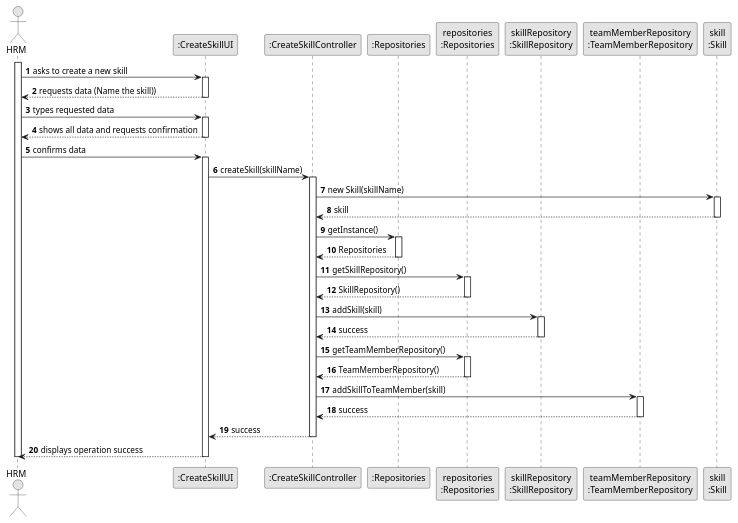
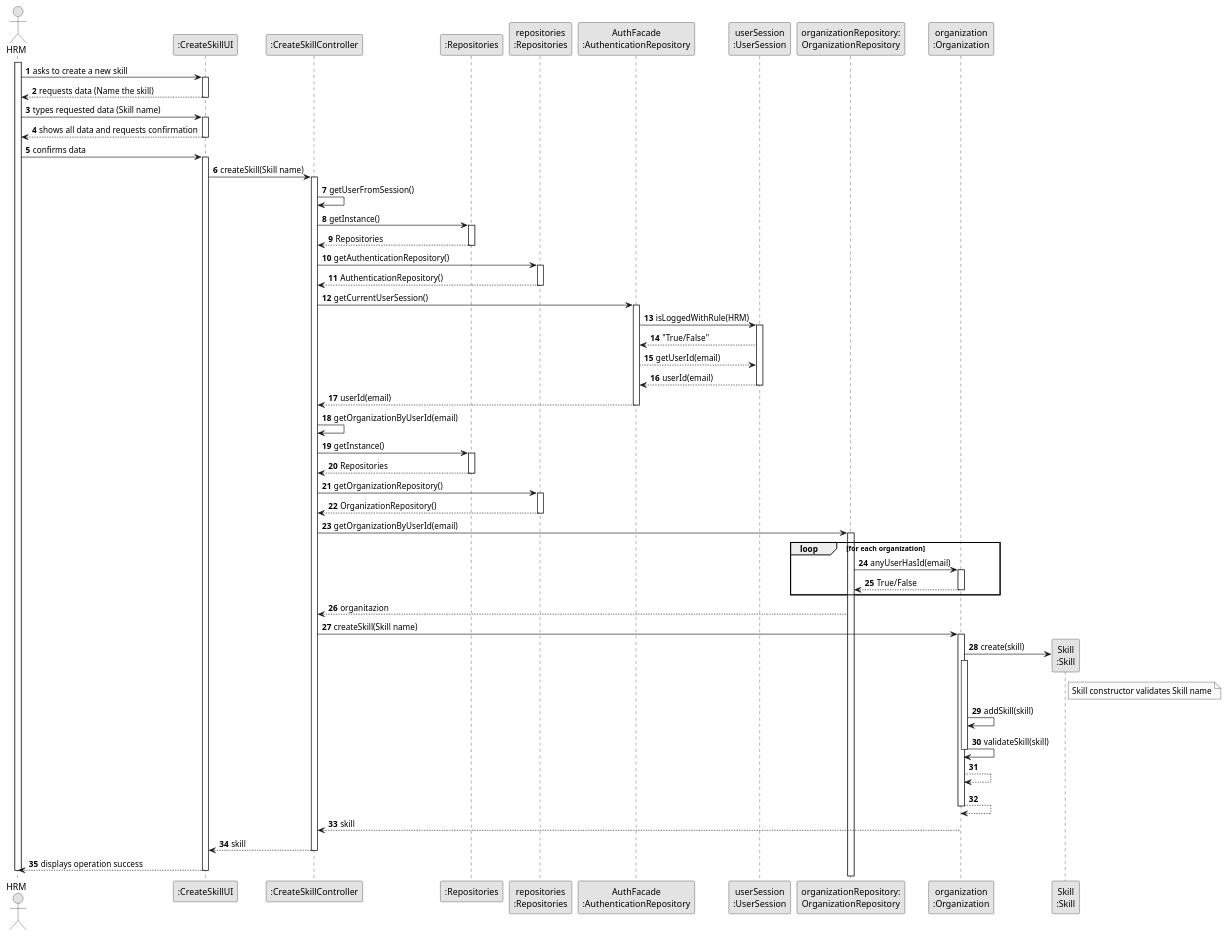
Before and after one commit to Mendoncaa/LAPR2: the diagram in docs/sprintC/us001/03.design/puml/us001-sequence-diagram-full.puml, drawn with PlantUML. The commit also changed 3 other files, not shown here.

Commit message:
Update classe diagram and system sequence diagram (US01); Update class diagram US04

```diff
--- a/docs/sprintC/us001/03.design/puml/us001-sequence-diagram-full.puml
+++ b/docs/sprintC/us001/03.design/puml/us001-sequence-diagram-full.puml
@@ -1,79 +1,136 @@
 @startuml
 skinparam monochrome true
 skinparam packageStyle rectangle
 skinparam shadowing false
 
 autonumber
 
 'hide footbox
 actor "HRM" as ADM
 participant ":CreateSkillUI" as UI
 participant ":CreateSkillController" as CTRL
 participant ":Repositories" as RepositorySingleton
 participant "repositories\n:Repositories" as PLAT
-participant "skillRepository\n:SkillRepository" as SkillRepository
-participant "teamMemberRepository\n:TeamMemberRepository" as TeamMemberRepository
-participant "skill\n:Skill" as Skill
+participant "AuthFacade\n:AuthenticationRepository" as AUTHREP
+participant "userSession\n:UserSession" as USER
+participant "organizationRepository:\nOrganizationRepository" as OrganizationRepository
+participant "organization\n:Organization" as ORG
+participant "Skill\n:Skill" as SKILL
 
 activate ADM
 
-    ADM -> UI : asks to create a new skill
+        ADM -> UI : asks to create a new skill
+        activate UI
+
+        UI --> ADM : requests data (Name the skill)
+    deactivate UI
+
+    ADM -> UI : types requested data (Skill name)
     activate UI
 
-    UI --> ADM : requests data (Name the skill))
-    deactivate UI
-
-    ADM -> UI : types requested data
-    activate UI
-
-    UI --> ADM : shows all data and requests confirmation
+        UI --> ADM : shows all data and requests confirmation
     deactivate UI
 
     ADM -> UI : confirms data
     activate UI
 
-    UI -> CTRL : createSkill(skillName)
-    activate CTRL
+        UI -> CTRL : createSkill(Skill name)
+        activate CTRL
 
-    CTRL -> Skill : new Skill(skillName)
-    activate Skill
-    CTRL <-- Skill : skill
-    deactivate Skill
+        CTRL -> CTRL : getUserFromSession()
 
-    CTRL -> RepositorySingleton : getInstance()
-    activate RepositorySingleton
-    CTRL <-- RepositorySingleton : Repositories
-    deactivate RepositorySingleton
+        CTRL -> RepositorySingleton : getInstance()
+        activate RepositorySingleton
+        CTRL <-- RepositorySingleton : Repositories
+        deactivate RepositorySingleton
 
-    CTRL -> PLAT : getSkillRepository()
-    activate PLAT
-    CTRL <-- PLAT : SkillRepository()
-    deactivate PLAT
+        CTRL -> PLAT : getAuthenticationRepository()
 
-    CTRL -> SkillRepository : addSkill(skill)
-    activate SkillRepository
-    CTRL <-- SkillRepository : success
-    deactivate SkillRepository
+        activate PLAT
+        CTRL <-- PLAT : AuthenticationRepository()
+        deactivate PLAT
 
-    CTRL -> PLAT : getTeamMemberRepository()
-    activate PLAT
-    CTRL <-- PLAT : TeamMemberRepository()
-    deactivate PLAT
 
-    CTRL -> TeamMemberRepository : addSkillToTeamMember(skill)
-    activate TeamMemberRepository
-    CTRL <-- TeamMemberRepository : success
-    deactivate TeamMemberRepository
 
-    CTRL --> UI : success
-    deactivate CTRL
+        CTRL -> AUTHREP : getCurrentUserSession()
 
-    UI --> ADM : displays operation success
-deactivate UI
+        activate AUTHREP
+
+
+
+
+        AUTHREP -> USER : isLoggedWithRule(HRM)
+
+        activate USER
+
+        AUTHREP <-- USER : "True/False"
+        AUTHREP --> USER : getUserId(email)
+        AUTHREP <-- USER : userId(email)
+        deactivate USER
+
+        CTRL <-- AUTHREP : userId(email)
+        deactivate AUTHREP
+
+        CTRL -> CTRL : getOrganizationByUserId(email)
+
+
+        CTRL -> RepositorySingleton : getInstance()
+        activate RepositorySingleton
+        CTRL <-- RepositorySingleton : Repositories
+        deactivate RepositorySingleton
+
+
+
+        CTRL -> PLAT : getOrganizationRepository()
+        activate PLAT
+        CTRL <-- PLAT : OrganizationRepository()
+        deactivate PLAT
+
+
+        CTRL -> OrganizationRepository :getOrganizationByUserId(email)
+        activate OrganizationRepository
+            loop for each organization
+            OrganizationRepository -> ORG : anyUserHasId(email)
+            activate ORG
+            OrganizationRepository <-- ORG : True/False
+            deactivate ORG
+            end loop
+
+        CTRL <-- OrganizationRepository : organitazion
+
+
+
+            CTRL -> ORG: createSkill(Skill name)
+            activate ORG
+
+                ORG -> SKILL**: create(skill)
+                note right of SKILL
+                  Skill constructor validates Skill name
+                endnote
+
+
+                activate ORG
+                    ORG -> ORG: addSkill(skill)
+                    ORG -> ORG: validateSkill(skill)
+
+                    deactivate ORG
+
+                    ORG --> ORG
+                    ORG --> ORG
+                deactivate ORG
+
+                ORG --> CTRL : skill
+
+            deactivate ORG
+
+            CTRL --> UI: skill
+            deactivate CTRL
+            UI --> ADM: displays operation success
+    deactivate UI
 
 deactivate ADM
 
 
 
 
 @enduml
```
